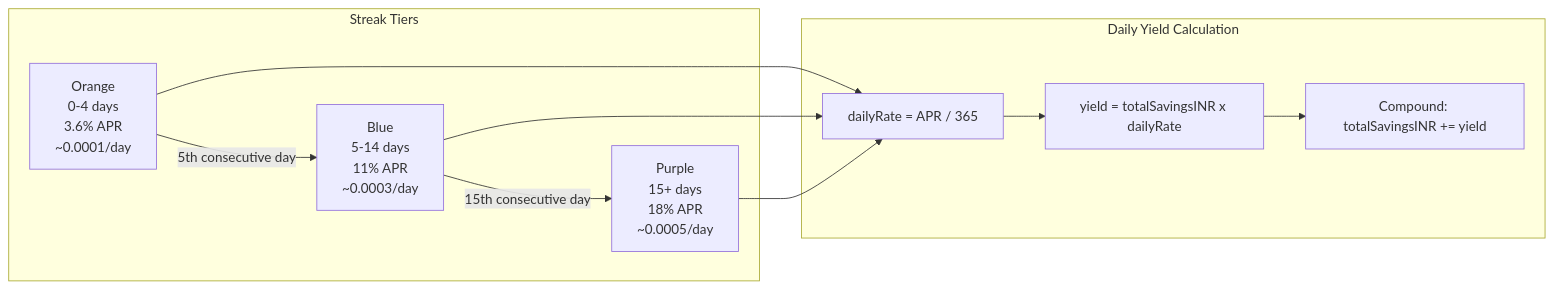
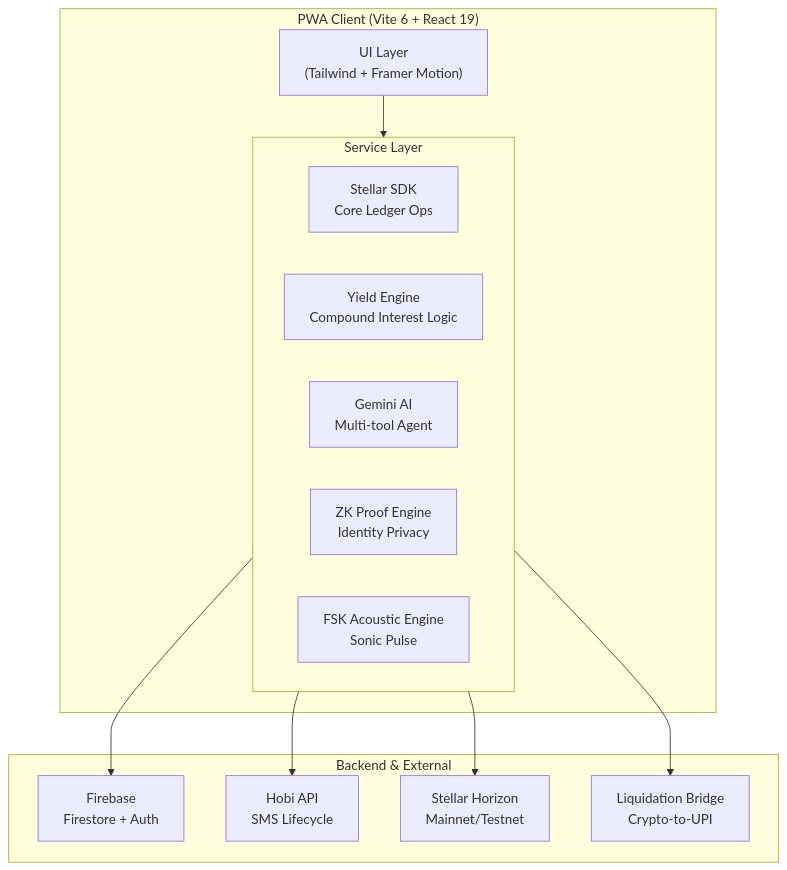
The diagram in README.md (Tuhin810/StellarUpi), drawn with Mermaid before and after one commit. The commit also changed other lines of this file and 17 other files, not shown here.

````diff
--- a/README.md
+++ b/README.md
@@ -1233,19 +95,26 @@
 ```mermaid
-flowchart LR
-    subgraph Tiers["Streak Tiers"]
-        T1["Orange<br/>0-4 days<br/>3.6% APR<br/>~0.0001/day"]
-        T2["Blue<br/>5-14 days<br/>11% APR<br/>~0.0003/day"]
-        T3["Purple<br/>15+ days<br/>18% APR<br/>~0.0005/day"]
+graph TB
+    subgraph Client["PWA Client (Vite 6 + React 19)"]
+        UI["UI Layer<br/>(Tailwind + Framer Motion)"]
+        subgraph Logic["Service Layer"]
+            Stellar["Stellar SDK<br/>Core Ledger Ops"]
+            Gullak["Yield Engine<br/>Compound Interest Logic"]
+            AI["Gemini AI<br/>Multi-tool Agent"]
+            ZK["ZK Proof Engine<br/>Identity Privacy"]
+            Sonic["FSK Acoustic Engine<br/>Sonic Pulse"]
+        end
     end
 
-    T1 -->|"5th consecutive day"| T2
-    T2 -->|"15th consecutive day"| T3
-
-    subgraph Yield["Daily Yield Calculation"]
-        Y1["dailyRate = APR / 365"]
-        Y2["yield = totalSavingsINR x dailyRate"]
-        Y3["Compound: totalSavingsINR += yield"]
+    subgraph Infrastructure["Backend & External"]
+        FB["Firebase<br/>Firestore + Auth"]
+        Hobi["Hobi API<br/>SMS Lifecycle"]
+        Horizon["Stellar Horizon<br/>Mainnet/Testnet"]
+        Bridge["Liquidation Bridge<br/>Crypto-to-UPI"]
     end
 
-    T1 & T2 & T3 --> Y1 --> Y2 --> Y3
+    UI --> Logic
+    Logic --> Horizon
+    Logic --> FB
+    Logic --> Hobi
+    Logic --> Bridge
 ```
````
